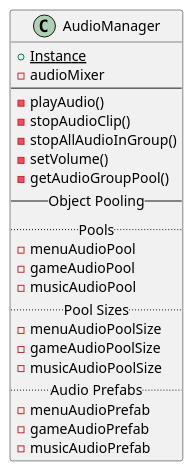
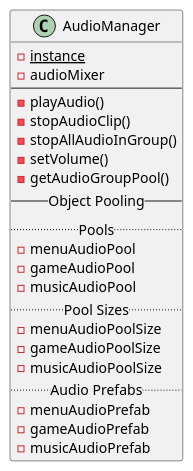
One commit to jskelly2021/Journey changed the diagram in UML/services/AudioSystem/AudioManager.iuml. Above: the diagram before and after it, drawn with PlantUML. The commit also changed 7 other files, not shown here.

Commit message:
Updated UML for future implementation

```diff
--- a/UML/services/AudioSystem/AudioManager.iuml
+++ b/UML/services/AudioSystem/AudioManager.iuml
@@ -1,25 +1,25 @@
 @startuml AudioManager
 class AudioManager {
-    {static} +Instance
+    {static} -instance
     -audioMixer
     ---
     -playAudio()
     -stopAudioClip()
     -stopAllAudioInGroup()
     -setVolume()
     -getAudioGroupPool()
     --Object Pooling--
     ..Pools..
     -menuAudioPool
     -gameAudioPool
     -musicAudioPool
     ..Pool Sizes..
     -menuAudioPoolSize
     -gameAudioPoolSize
     -musicAudioPoolSize
     ..Audio Prefabs..
     -menuAudioPrefab
     -gameAudioPrefab
     -musicAudioPrefab
 }
 @enduml
```
